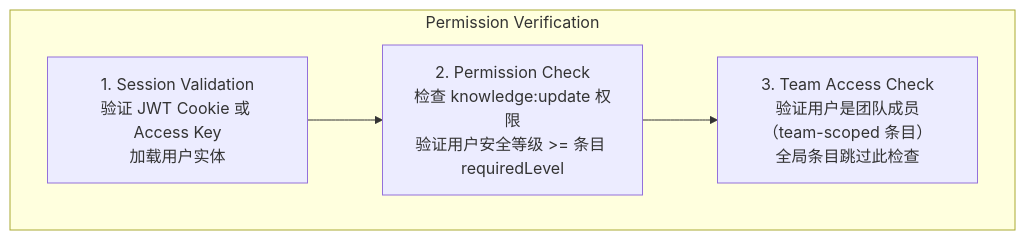
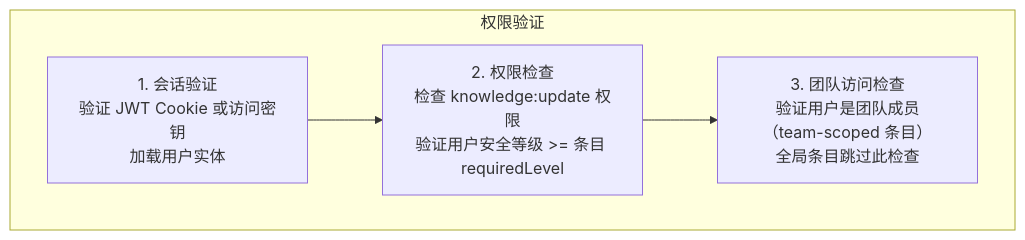
Before and after one commit to pofossette/TrapMap-for-vibing: the second of 4 diagrams in docs/architecture/components/DELETION.md, drawn with Mermaid. The commit also changed other lines of this file and 11 other files, not shown here.

First line of the commit message:
docs: 转换 ASCII 框图为 Mermaid flowchart tb + subgraph，翻译已有 Mermaid 图表为简体中文

````diff
--- a/docs/architecture/components/DELETION.md
+++ b/docs/architecture/components/DELETION.md
@@ -74,10 +74,10 @@
 ```mermaid
 flowchart TB
-    subgraph PermissionVerification["Permission Verification"]
-        A["1. Session Validation\n验证 JWT Cookie 或 Access Key\n加载用户实体"]
-        B["2. Permission Check\n检查 knowledge:update 权限\n验证用户安全等级 >= 条目 requiredLevel"]
-        C["3. Team Access Check\n验证用户是团队成员（team-scoped 条目）\n全局条目跳过此检查"]
+    subgraph PermissionVerification["权限验证"]
+        A["1. 会话验证\n验证 JWT Cookie 或访问密钥\n加载用户实体"]
+        B["2. 权限检查\n检查 knowledge:update 权限\n验证用户安全等级 >= 条目 requiredLevel"]
+        C["3. 团队访问检查\n验证用户是团队成员（team-scoped 条目）\n全局条目跳过此检查"]
     end
 
     A --> B --> C
 ```
````
